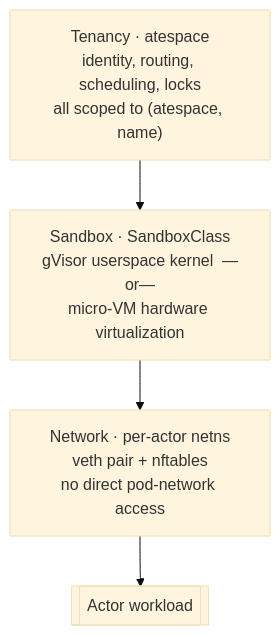
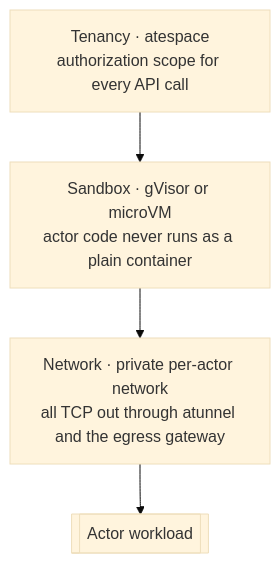
The second of 2 diagrams in atlas/src/content/docs/security.mdx (christian-posta/substrate), drawn with Mermaid (base theme) before and after one commit. The commit also changed other lines of this file and 34 other files, not shown here.

````diff
--- a/atlas/src/content/docs/security.mdx
+++ b/atlas/src/content/docs/security.mdx
@@ -70,10 +176,11 @@
 ```mermaid
 flowchart TB
-  T["Tenancy · atespace<br/>identity, routing, scheduling, locks<br/>all scoped to (atespace, name)"]
-  S["Sandbox · SandboxClass<br/>gVisor userspace kernel  —or—<br/>micro-VM hardware virtualization"]
-  N["Network · per-actor netns<br/>veth pair + nftables<br/>no direct pod-network access"]
+  T["Tenancy · atespace<br/>authorization scope for every API call"]
+  S["Sandbox · gVisor or microVM<br/>actor code never runs as a plain container"]
+  N["Network · private per-actor network<br/>all TCP out through atunnel and the egress gateway"]
   T --> S --> N --> WL[["Actor workload"]]
 
   click T "/concepts/atespace/" "Atespace"
-  click S "/components/ateom-microvm/" "Runtimes"
+  click S "/components/ateworker-gvisor/" "gVisor runtime"
+  click N "/components/atenet/" "atenet"
 ```
````
